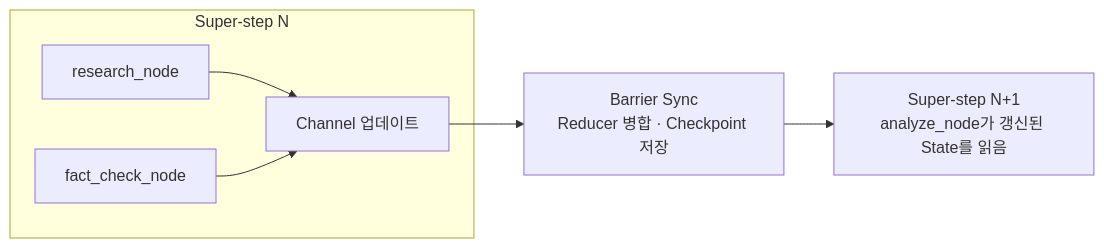
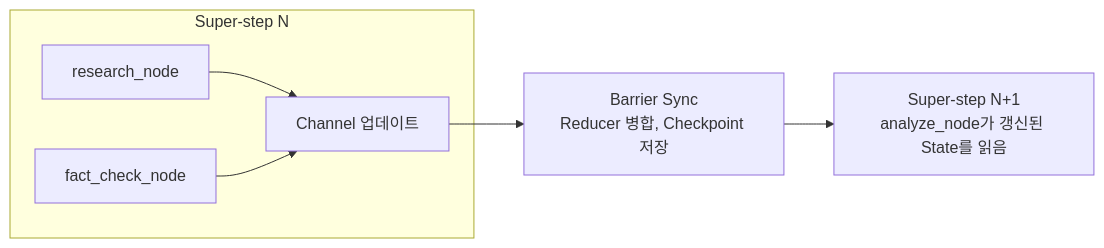
The diagram in src/content/blog/ko/langgraph-pregel.md (kukjun/blog), drawn with Mermaid before and after one commit. The commit also changed other lines of this file and 10 other files, not shown here.

````diff
--- a/src/content/blog/ko/langgraph-pregel.md
+++ b/src/content/blog/ko/langgraph-pregel.md
@@ -144,9 +147,9 @@
 ```mermaid
 flowchart LR
   subgraph s1["Super-step N"]
     A1["research_node"] --> CH["Channel 업데이트"]
     B1["fact_check_node"] --> CH
   end
-  CH --> BAR["Barrier Sync<br/>Reducer 병합 · Checkpoint 저장"]
+  CH --> BAR["Barrier Sync<br/>Reducer 병합, Checkpoint 저장"]
   BAR --> s2["Super-step N+1<br/>analyze_node가 갱신된 State를 읽음"]
 ```
````
